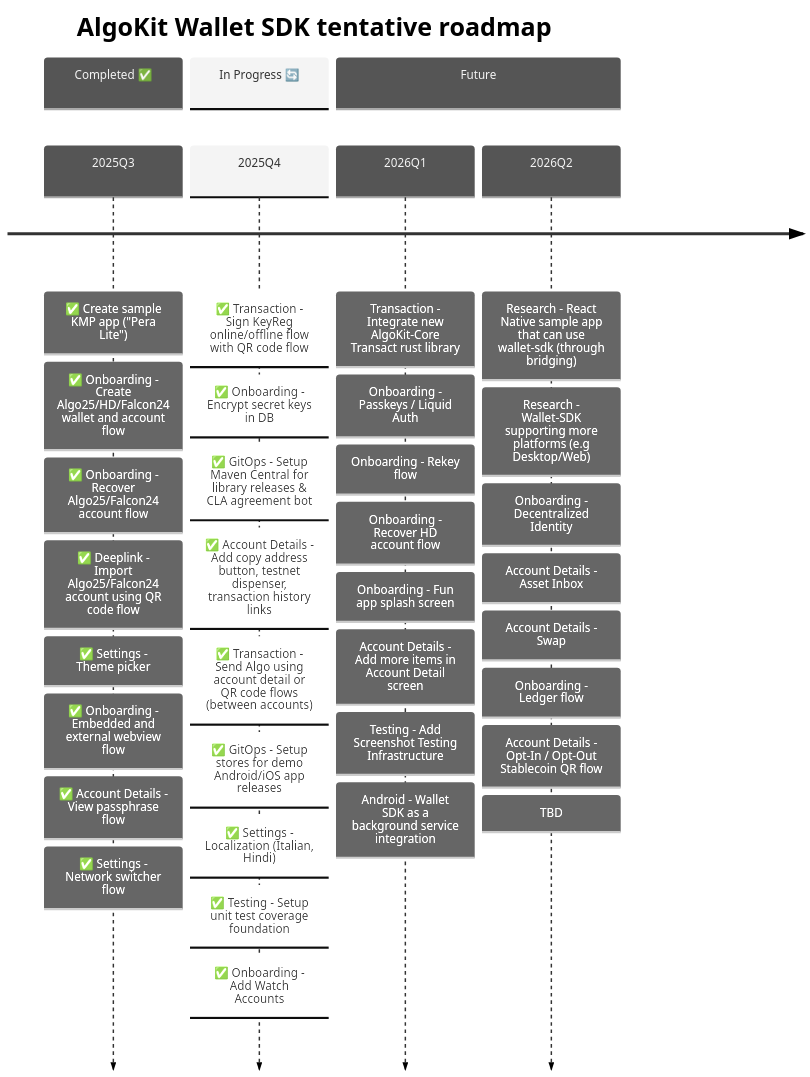
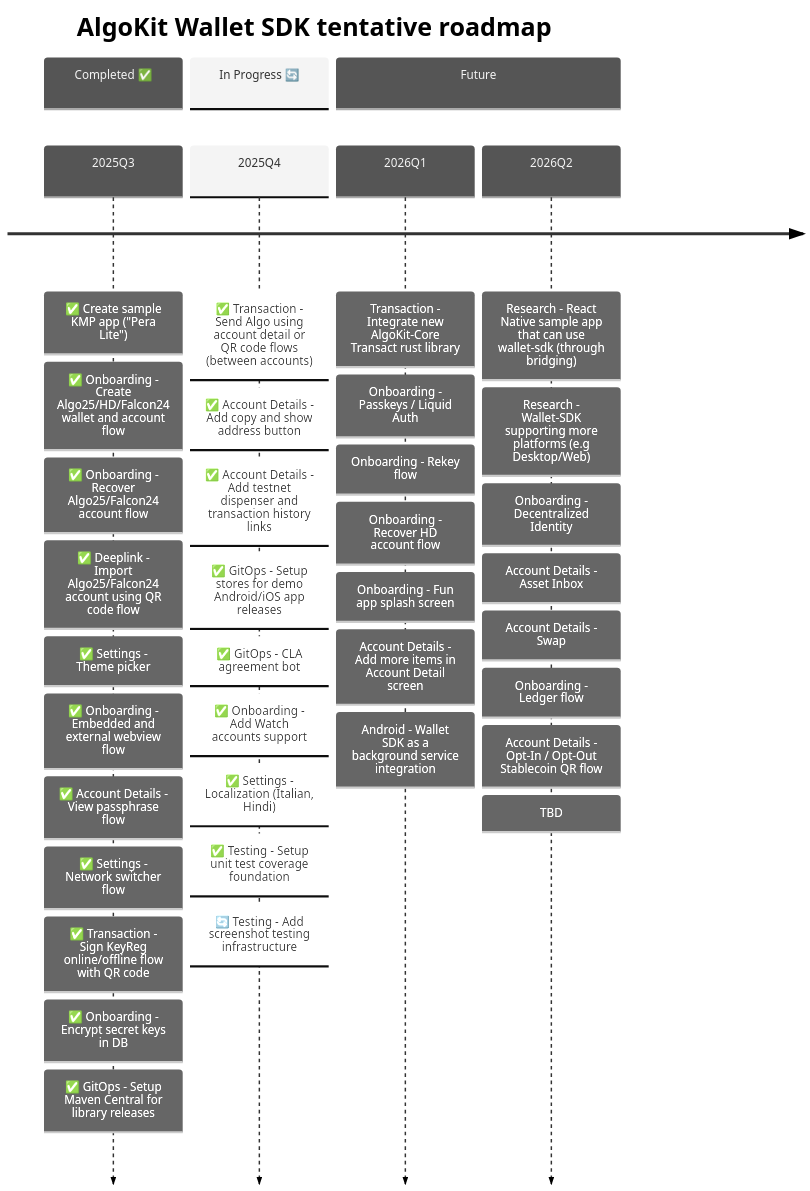
Before and after one commit to michaeltchuangllc/algokit-walletsdk-kmp: the second of 3 diagrams in README.md, drawn with Mermaid. The commit also changed 4 other files, not shown here.

````diff
--- a/README.md
+++ b/README.md
@@ -67,48 +67,49 @@
 ```mermaid
 ---
 config:
   theme: 'neutral'
 ---
 timeline
     title AlgoKit Wallet SDK tentative roadmap
 
     section Completed ✅
     2025Q3  : ✅ Create sample KMP app ("Pera Lite")
             : ✅ Onboarding - Create Algo25/HD/Falcon24 wallet and account flow
             : ✅ Onboarding - Recover Algo25/Falcon24 account flow
             : ✅ Deeplink - Import Algo25/Falcon24 account using QR code flow
             : ✅ Settings - Theme picker
             : ✅ Onboarding - Embedded and external webview flow
             : ✅ Account Details - View passphrase flow
             : ✅ Settings - Network switcher flow
+            : ✅ Transaction - Sign KeyReg online/offline flow with QR code
+            : ✅ Onboarding - Encrypt secret keys in DB
+            : ✅ GitOps - Setup Maven Central for library releases
 
     section In Progress 🔄
-    2025Q4  : ✅ Transaction - Sign KeyReg online/offline flow with QR code flow
-            : ✅ Onboarding - Encrypt secret keys in DB
-            : ✅ GitOps - Setup Maven Central for library releases & CLA agreement bot
-            : ✅ Account Details - Add copy address button, testnet dispenser, transaction history links
-            : ✅ Transaction - Send Algo using account detail or QR code flows (between accounts)
+    2025Q4  : ✅ Transaction - Send Algo using account detail or QR code flows (between accounts)
+            : ✅ Account Details - Add copy and show address button
+            : ✅ Account Details - Add testnet dispenser and transaction history links
             : ✅ GitOps - Setup stores for demo Android/iOS app releases
+            : ✅ GitOps - CLA agreement bot
+            : ✅ Onboarding - Add Watch accounts support
             : ✅ Settings - Localization (Italian, Hindi)
             : ✅ Testing - Setup unit test coverage foundation
-            : ✅ Onboarding - Add Watch Accounts
-
+            : 🔄 Testing - Add screenshot testing infrastructure
 
     section Future
     2026Q1  : Transaction - Integrate new AlgoKit-Core Transact rust library
             : Onboarding - Passkeys / Liquid Auth
             : Onboarding - Rekey flow
             : Onboarding - Recover HD account flow
             : Onboarding - Fun app splash screen
             : Account Details - Add more items in Account Detail screen
-            : Testing - Add Screenshot Testing Infrastructure
             : Android - Wallet SDK as a background service integration
     2026Q2  : Research - React Native sample app that can use wallet-sdk (through bridging)
             : Research - Wallet-SDK supporting more platforms (e.g Desktop/Web)
             : Onboarding - Decentralized Identity
             : Account Details - Asset Inbox
             : Account Details - Swap
             : Onboarding - Ledger flow
             : Account Details - Opt-In / Opt-Out Stablecoin QR flow
             : TBD
 ```
````
